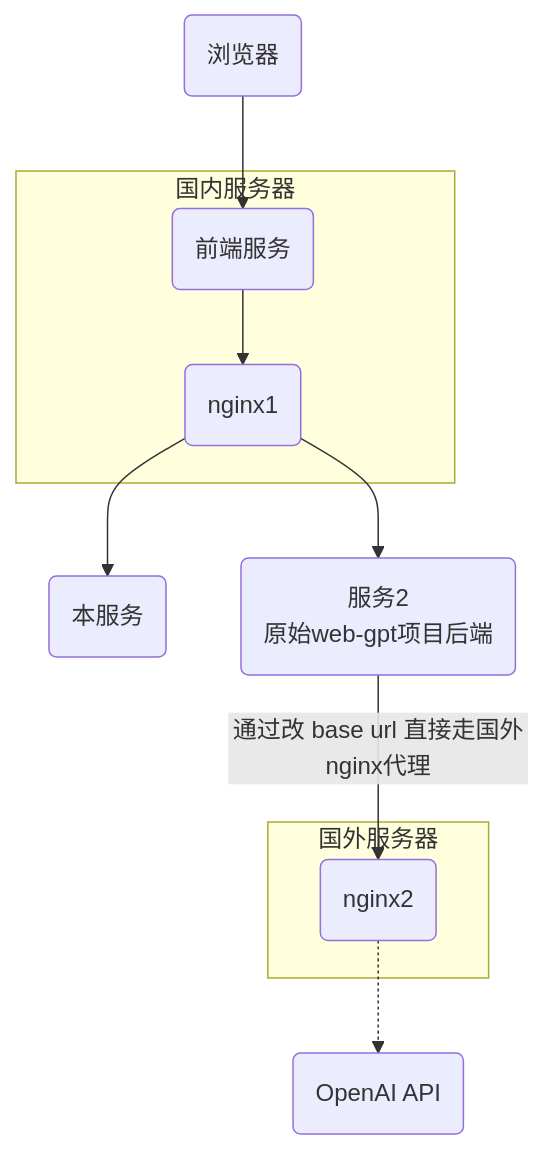
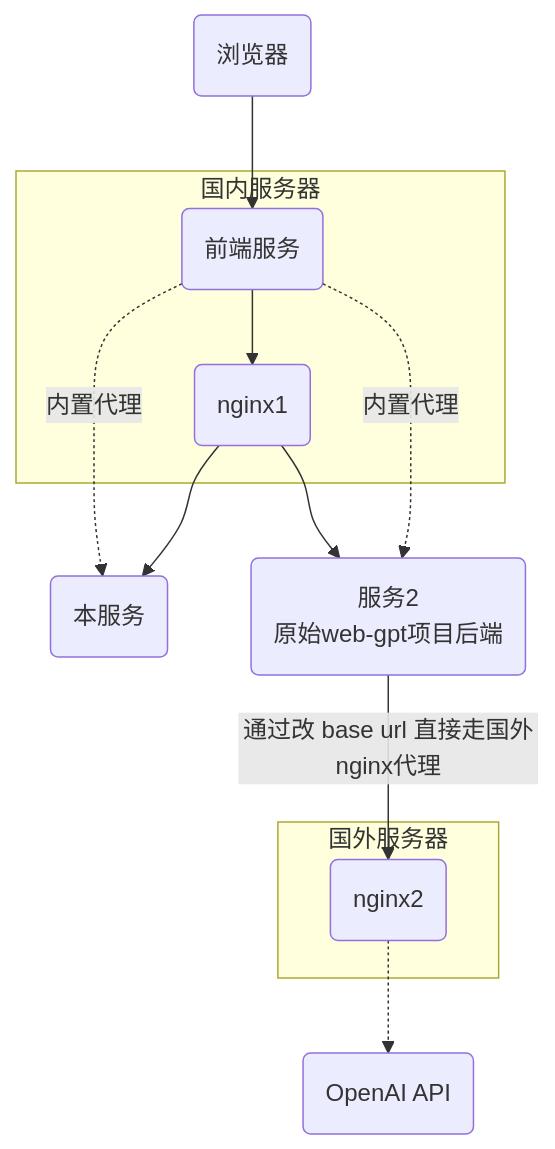
Before and after one commit to SubtleSpark/batter-gpt: the diagram in doc/archive.md, drawn with Mermaid. The commit also changed 7 other files, not shown here.

````diff
--- a/doc/archive.md
+++ b/doc/archive.md
@@ -3,25 +3,27 @@
 ```mermaid
 flowchart TB
     browser(浏览器)
     n1(nginx1)
     n2(nginx2)
     bs1(本服务)
     bs2(服务2\n原始web-gpt项目后端)
     openAi(OpenAI API)
     frontend(前端服务)
     
     browser --> frontend
     subgraph a [国内服务器]
         frontend --> n1
     end
+    frontend -.内置代理.-> bs1
     n1 --> bs2
     n1 --> bs1
+    frontend -.内置代理.-> bs2
     bs2 -- 通过改 base url 直接走国外nginx代理 --> n2
     
     subgraph 国外服务器
         n2
     end
     n2 -.-> openAi
     
     
 ```
````
